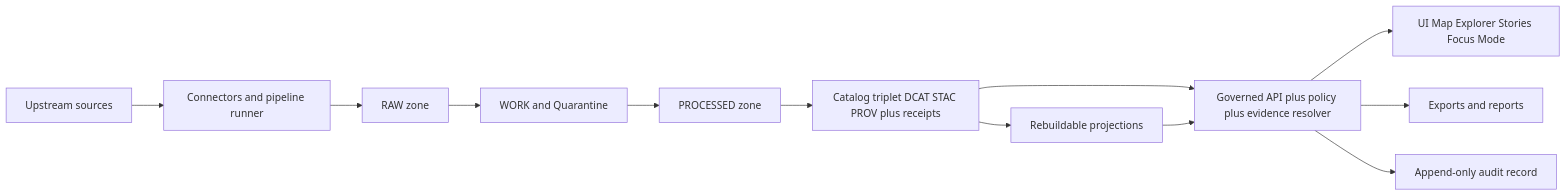
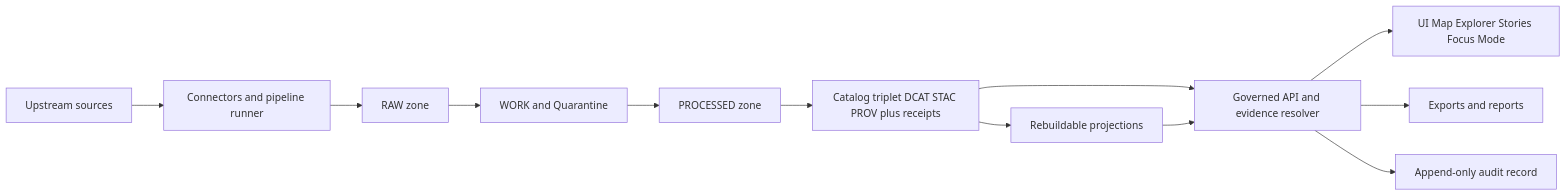
One commit to bartytime4life/Kansas-Frontier-Matrix changed the first of 4 diagrams in README.md. Above: the diagram before and after it, drawn with Mermaid. The commit also changed other lines of this file, not shown here.

````diff
--- a/README.md
+++ b/README.md
@@ -140,14 +154,14 @@
 ```mermaid
 flowchart LR
   A[Upstream sources] --> B[Connectors and pipeline runner]
   B --> C[RAW zone]
   C --> D[WORK and Quarantine]
   D --> E[PROCESSED zone]
   E --> F[Catalog triplet DCAT STAC PROV plus receipts]
   F --> G[Rebuildable projections]
-  F --> H[Governed API plus policy plus evidence resolver]
+  F --> H[Governed API and evidence resolver]
   G --> H
   H --> I[UI Map Explorer Stories Focus Mode]
   H --> J[Exports and reports]
   H --> K[Append-only audit record]
 ```
````
